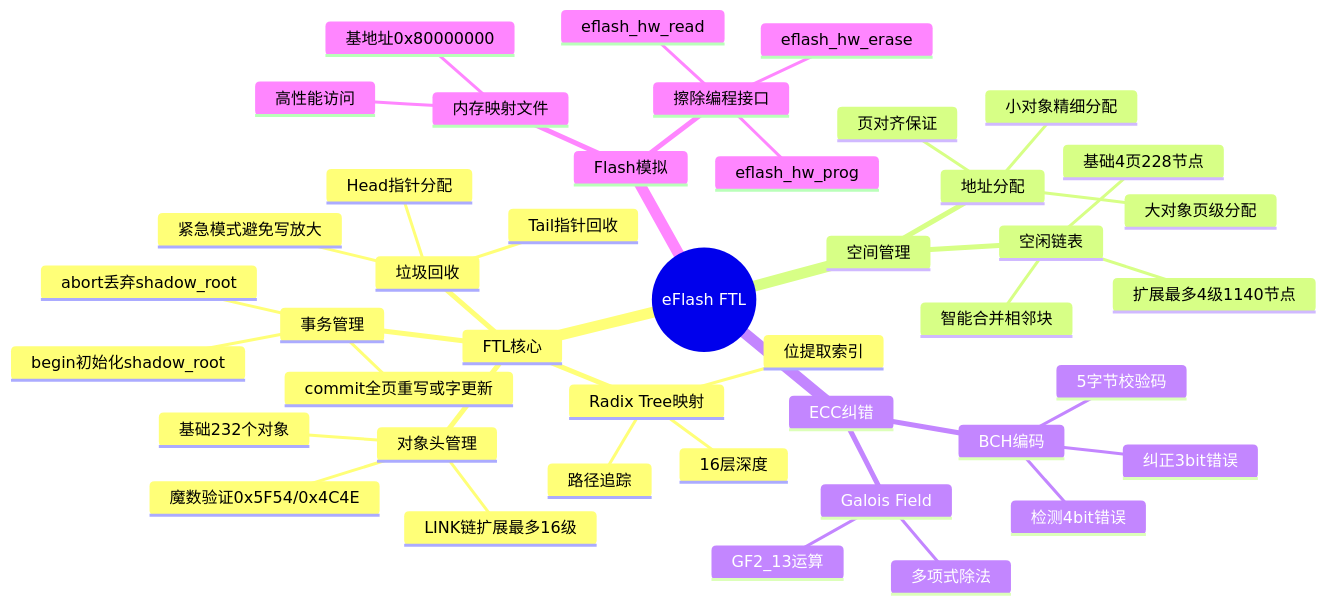
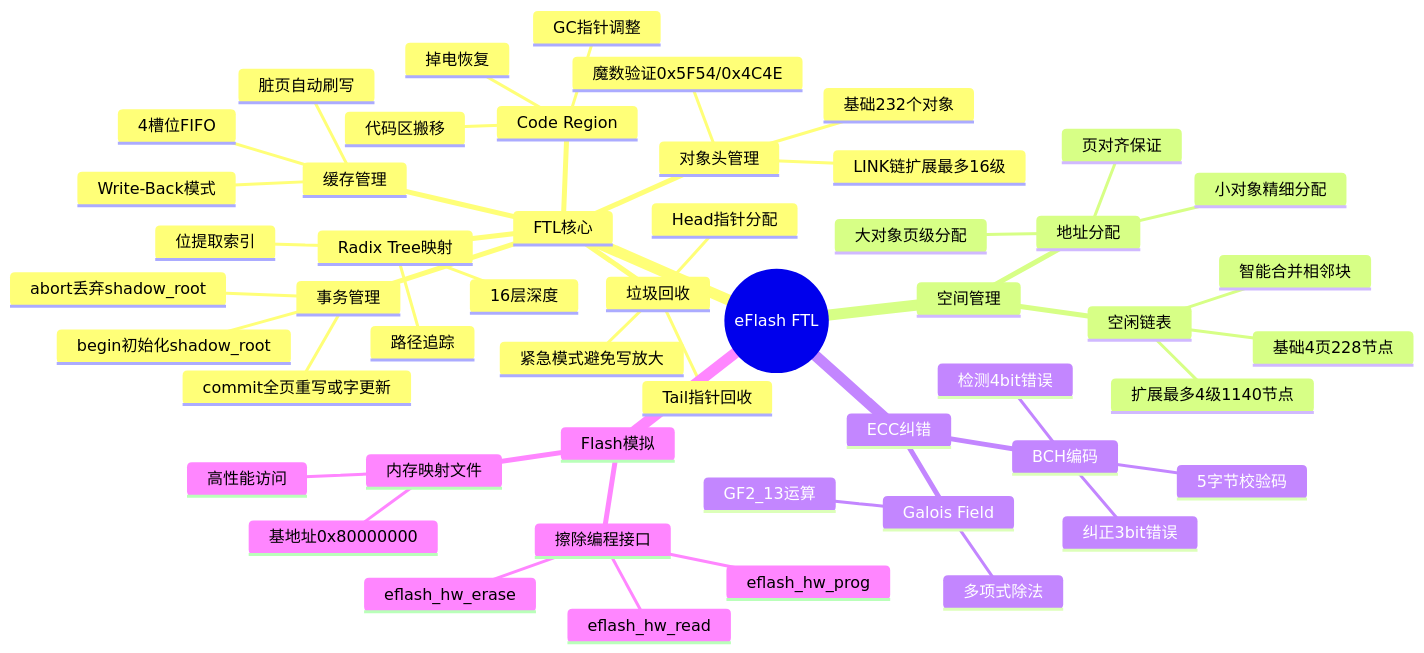
One commit to wangjun796/eflash changed the third of 31 diagrams in DESIGN_OVERVIEW.md. Above: the diagram before and after it, drawn with Mermaid. The commit also changed other lines of this file and 3 other files, not shown here.

````diff
--- a/DESIGN_OVERVIEW.md
+++ b/DESIGN_OVERVIEW.md
@@ -127,46 +134,54 @@
 ```mermaid
 mindmap
   root((eFlash FTL))
     FTL核心
       Radix Tree映射
         16层深度
         位提取索引
         路径追踪
       事务管理
         begin初始化shadow_root
         commit全页重写或字更新
         abort丢弃shadow_root
       垃圾回收
         Head指针分配
         Tail指针回收
         紧急模式避免写放大
       对象头管理
         基础232个对象
         LINK链扩展最多16级
         魔数验证0x5F54/0x4C4E
+      缓存管理
+        Write-Back模式
+        4槽位FIFO
+        脏页自动刷写
+      Code Region
+        代码区搬移
+        GC指针调整
+        掉电恢复
     空间管理
       空闲链表
         基础4页228节点
         扩展最多4级1140节点
         智能合并相邻块
       地址分配
         小对象精细分配
         大对象页级分配
         页对齐保证
     ECC纠错
       BCH编码
         5字节校验码
         纠正3bit错误
         检测4bit错误
       Galois Field
         GF2_13运算
         多项式除法
     Flash模拟
       内存映射文件
         基地址0x80000000
         高性能访问
       擦除编程接口
         eflash_hw_erase
         eflash_hw_prog
         eflash_hw_read
 ```
````
